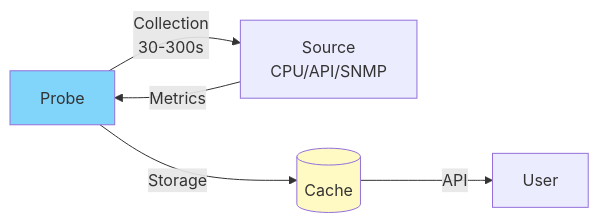
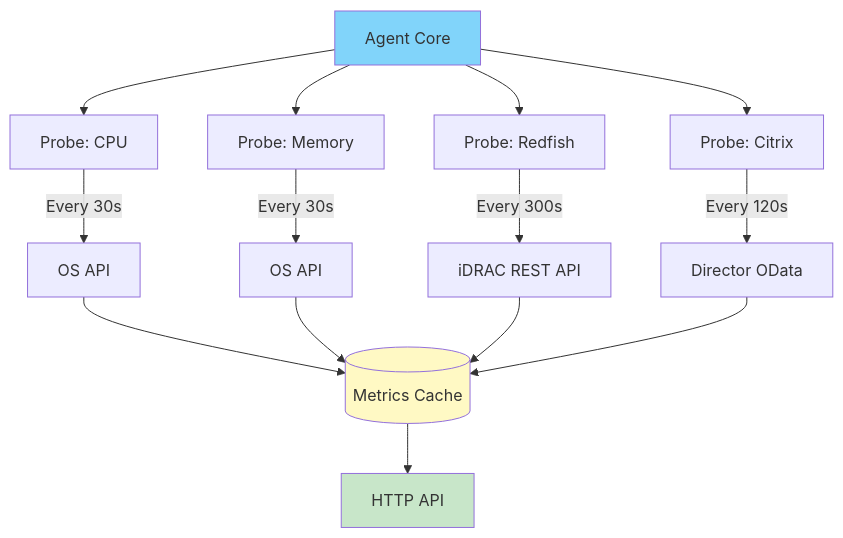
The diagram in docs/user-guide/PROBES-CONFIGURATION.md (senhub-io/senhub-agent), drawn with Mermaid before and after one commit. The commit also changed other lines of this file and 7 other files, not shown here.

````diff
--- a/docs/user-guide/PROBES-CONFIGURATION.md
+++ b/docs/user-guide/PROBES-CONFIGURATION.md
@@ -19,10 +22,23 @@
 ```mermaid
-graph LR
-    P[Probe] -->|Collection<br/>30-300s| S[Source<br/>CPU/API/SNMP]
-    S -->|Metrics| P
-    P -->|Storage| C[(Cache)]
-    C -->|API| U[User]
+graph TD
+    AGENT[Agent Core] --> PROBE1[Probe: CPU]
+    AGENT --> PROBE2[Probe: Memory]
+    AGENT --> PROBE3[Probe: Redfish]
+    AGENT --> PROBE4[Probe: Citrix]
 
-    style P fill:#81d4fa
-    style C fill:#fff9c4
+    PROBE1 -->|Every 30s| SRC1[OS API]
+    PROBE2 -->|Every 30s| SRC2[OS API]
+    PROBE3 -->|Every 300s| SRC3[iDRAC REST API]
+    PROBE4 -->|Every 120s| SRC4[Director OData]
+
+    SRC1 --> CACHE[(Metrics Cache)]
+    SRC2 --> CACHE
+    SRC3 --> CACHE
+    SRC4 --> CACHE
+
+    CACHE --> API[HTTP API]
+
+    style AGENT fill:#81d4fa
+    style CACHE fill:#fff9c4
+    style API fill:#c8e6c9
 ```
````
